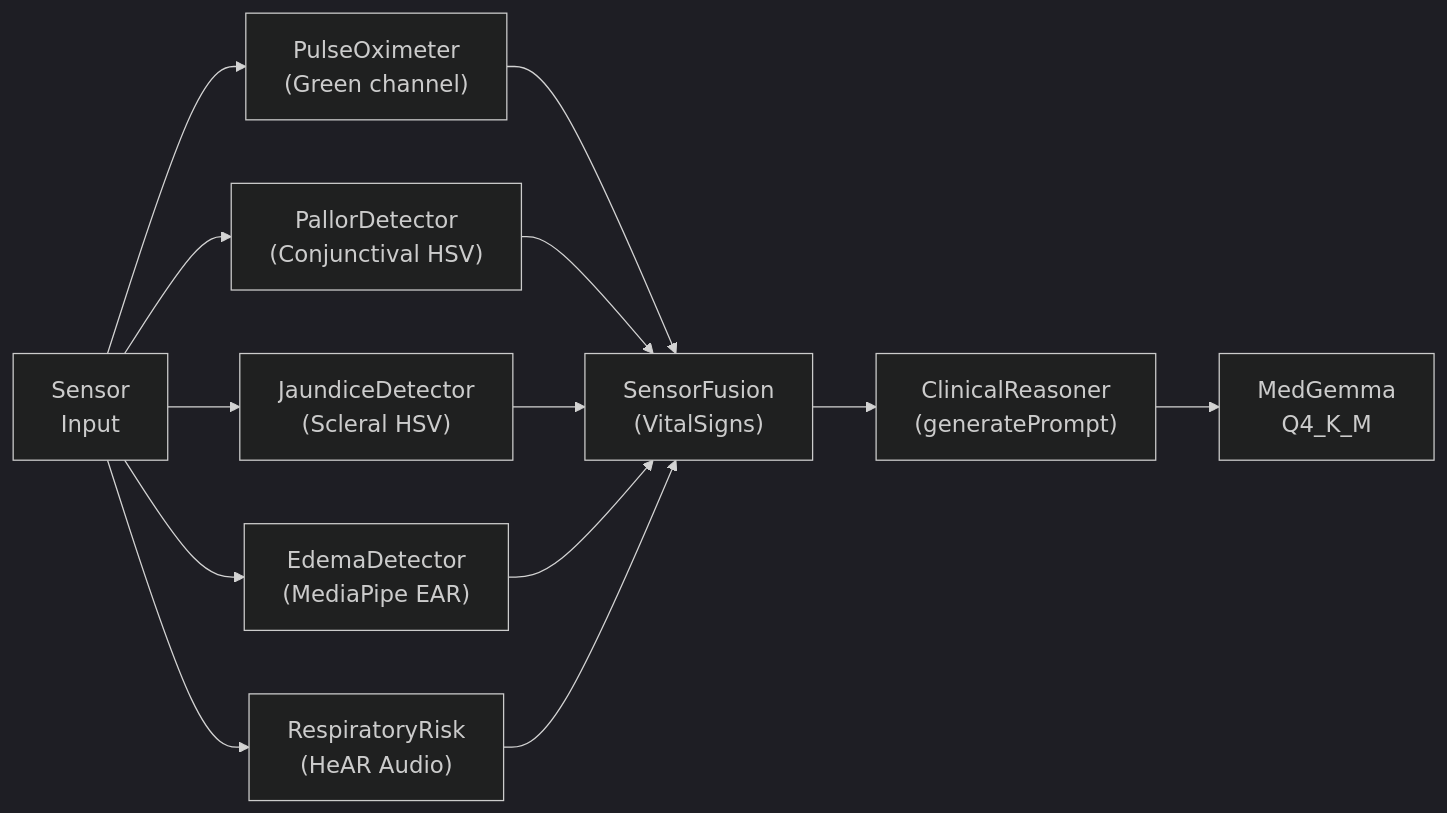
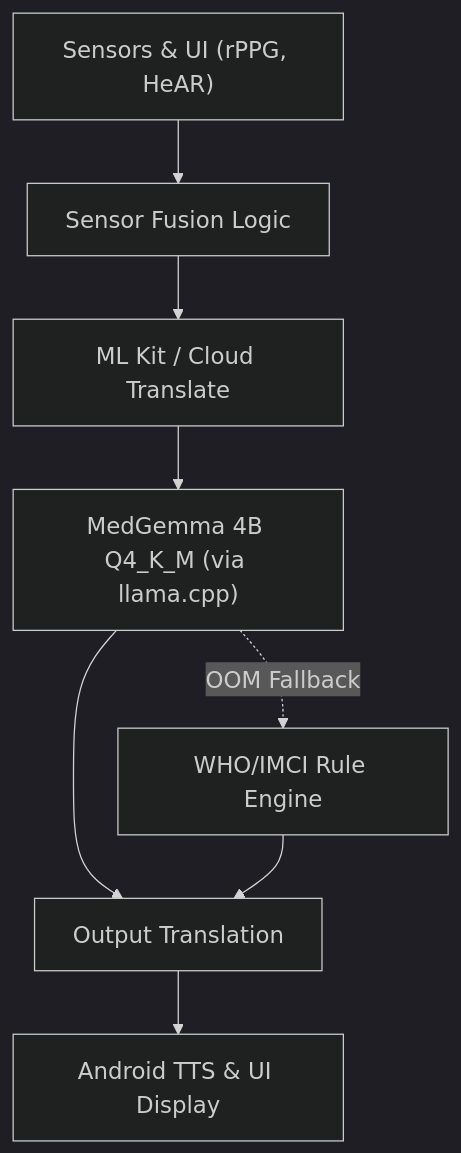
Before and after one commit to Elormyevu/nku-medgemma-conversion: the diagram in kaggle_submission_appendix.md, drawn with Mermaid. The commit also changed other lines of this file, not shown here.

Commit message:
docs: Replaced appendix diagram with architecture.mmd graph TD, updated explanation text

````diff
--- a/kaggle_submission_appendix.md
+++ b/kaggle_submission_appendix.md
@@ -752,16 +752,11 @@
 ```mermaid
 %%{init: {'theme':'dark', 'themeVariables':{'fontSize':'18px'}}}%%
-graph LR
-  A[" Sensor\nInput"] --> B["PulseOximeter\n(Green channel)"]
-  A --> C["PallorDetector\n(Conjunctival HSV)"]
-  A --> J["JaundiceDetector\n(Scleral HSV)"]
-  A --> D["EdemaDetector\n(MediaPipe EAR)"]
-  A --> H["RespiratoryRisk\n(HeAR Audio)"]
-  B --> E["SensorFusion\n(VitalSigns)"]
-  C --> E
-  J --> E
-  D --> E
-  H --> E
-  E --> F["ClinicalReasoner\n(generatePrompt)"]
-  F --> G["MedGemma\nQ4_K_M"]
+graph TD
+    Sensors["Sensors & UI (rPPG, HeAR)"] --> Fusion["Sensor Fusion Logic"]
+    Fusion --> TransIn["ML Kit / Cloud Translate"]
+    TransIn --> MedGemma["MedGemma 4B Q4_K_M (via llama.cpp)"]
+    MedGemma -. "OOM Fallback" .-> IMCI["WHO/IMCI Rule Engine"]
+    MedGemma --> TransOut["Output Translation"]
+    IMCI --> TransOut
+    TransOut --> TTS["Android TTS & UI Display"]
 ```
````
